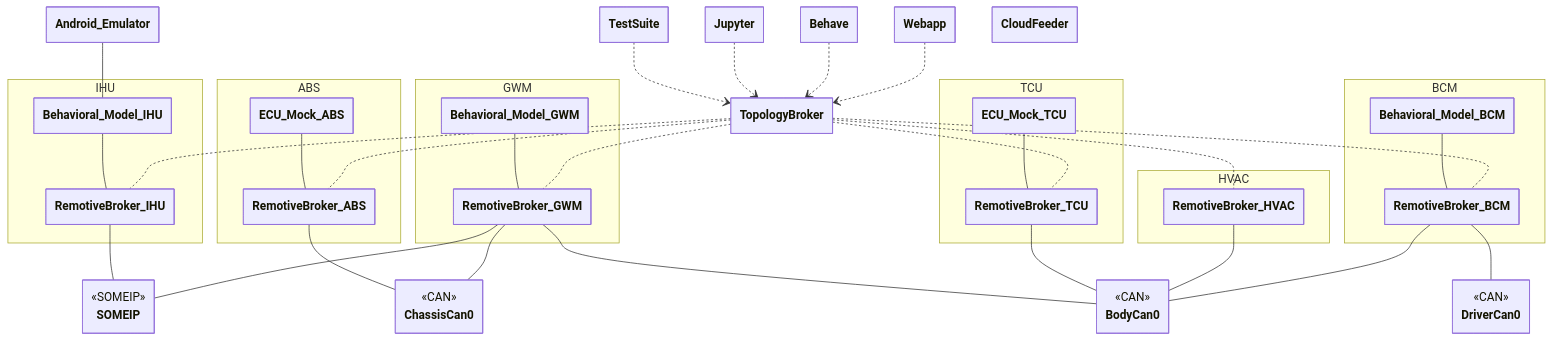
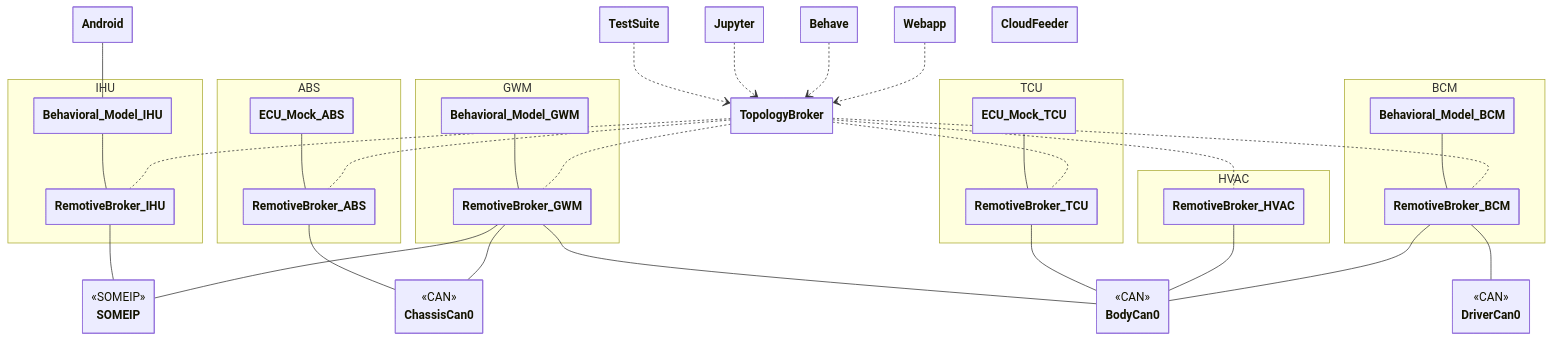
The first of 2 diagrams in remotive_car/instances/android/README.md (remotivelabs/remotivelabs-topology-examples), drawn with Mermaid before and after one commit. The commit also changed other lines of this file and 75 other files, not shown here.

```diff
--- a/remotive_car/instances/android/README.md
+++ b/remotive_car/instances/android/README.md
@@ -69,7 +69,7 @@
 
 
     class TopologyBroker
-    class Android_Emulator
+    class Android
     class TestSuite
     class Jupyter
     class Webapp
@@ -96,7 +96,7 @@
     Behavioral_Model_GWM -- RemotiveBroker_GWM
     ECU_Mock_TCU -- RemotiveBroker_TCU
     Behavioral_Model_IHU -- RemotiveBroker_IHU
-    Android_Emulator -- Behavioral_Model_IHU
+    Android -- Behavioral_Model_IHU
 
     TestSuite ..> TopologyBroker
     Jupyter ..> TopologyBroker
```
